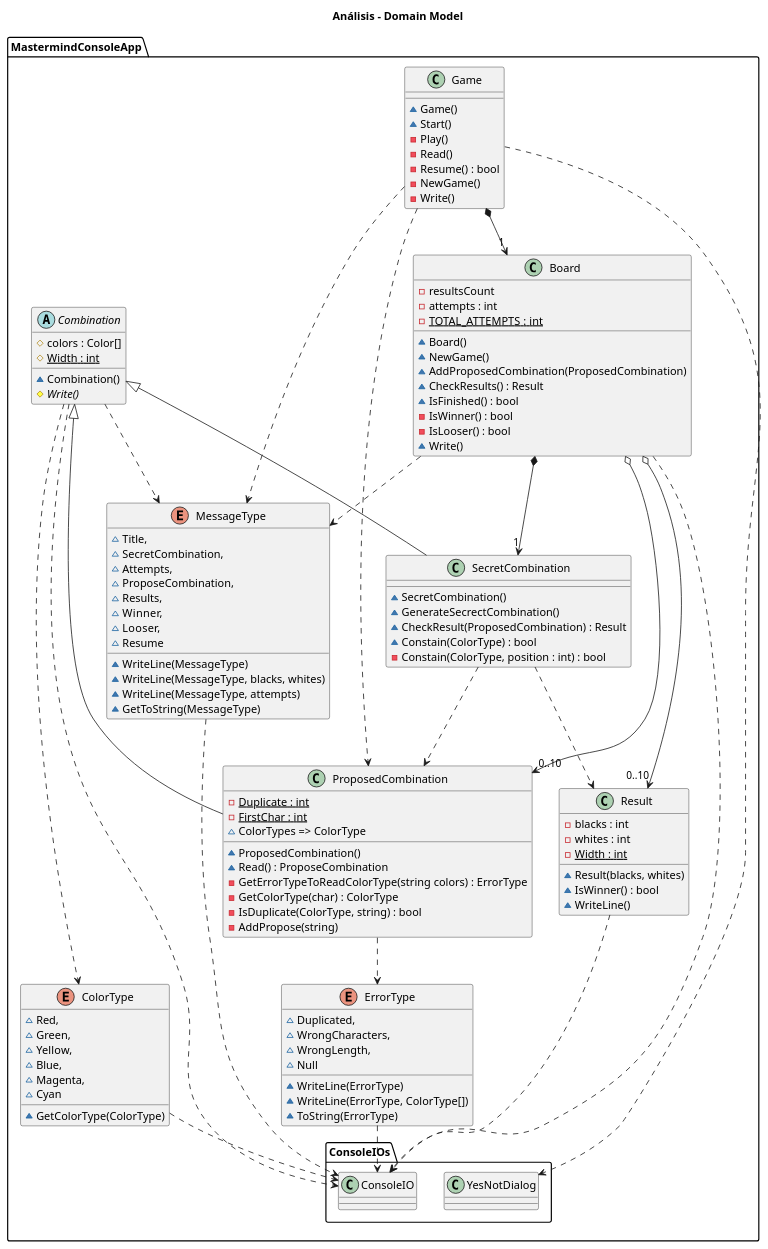
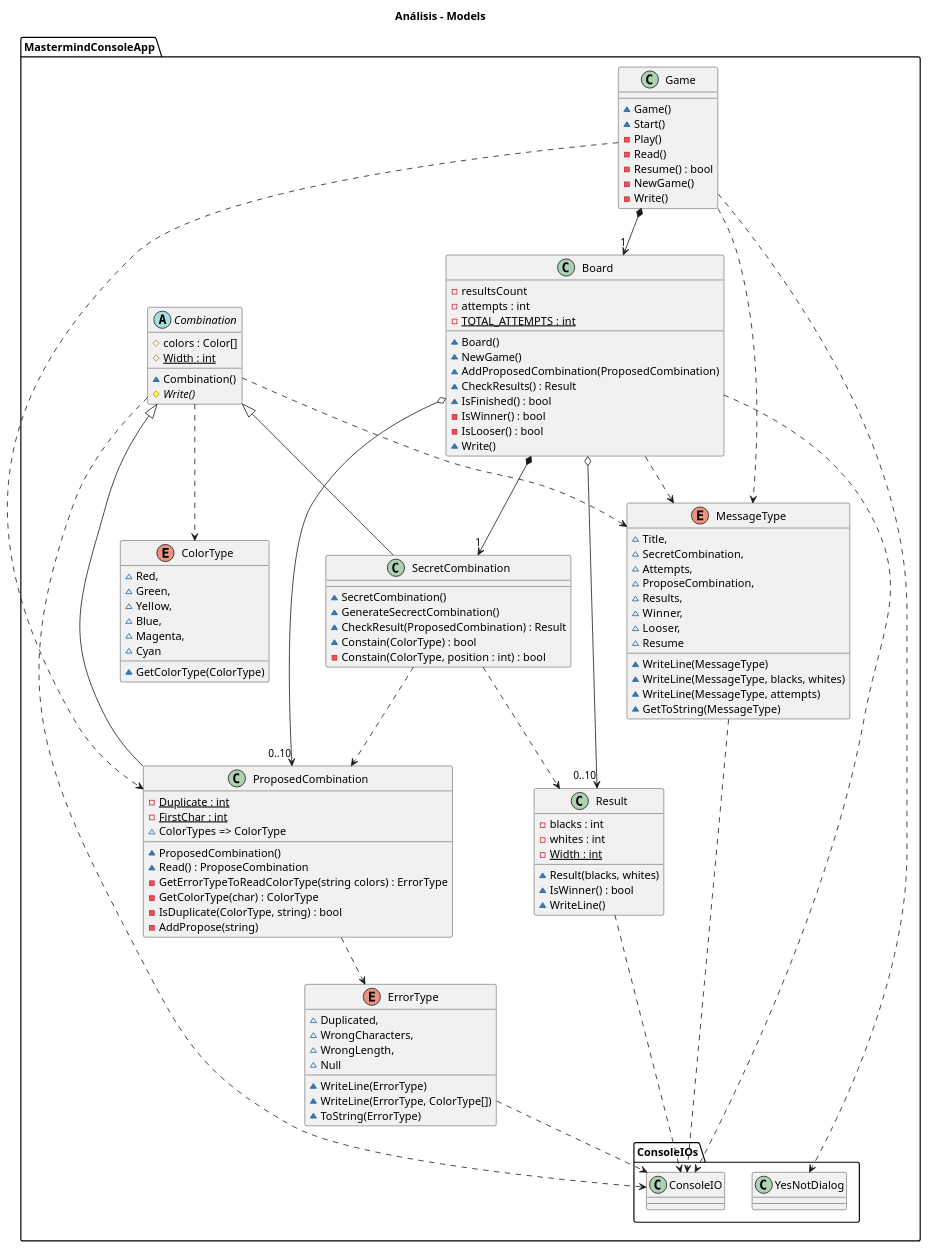
The first of 2 diagrams in src/Mastermind/DomainModel/Docs/DomainModelArchitecture.plantuml (franpaulinoinfante/MasterSoftwareDevelopment), drawn with PlantUML before and after one commit. The commit also changed other lines of this file and 2 other files, not shown here.

```diff
--- a/src/Mastermind/DomainModel/Docs/DomainModelArchitecture.plantuml
+++ b/src/Mastermind/DomainModel/Docs/DomainModelArchitecture.plantuml
@@ -1,127 +1,126 @@
 @startuml DomainModelArchitecture
-title Análisis - Domain Model
+title Análisis - Models
 namespace MastermindConsoleApp{
     class Game{
         ~Game()
         ~Start()
         -Play()
         -Read()
         -Resume() : bool
         -NewGame()
         -Write()
     }
     Game *--> "1" Board
     Game ..> ProposedCombination
     Game ..> MessageType
     Game ..> ConsoleIOs.YesNotDialog
 
     class Board{
         -resultsCount
         -attempts : int
         -{static} TOTAL_ATTEMPTS : int
         ~Board()
         ~NewGame()
         ~AddProposedCombination(ProposedCombination)
         ~CheckResults() : Result
         ~IsFinished() : bool
         -IsWinner() : bool
         -IsLooser() : bool
         ~Write()
     }
     Board *--> "1" SecretCombination
     Board o--> "0..10" ProposedCombination
     Board o--> "0..10" Result
     Board ..> MessageType
     Board ..> ConsoleIOs.ConsoleIO
 
     abstract Combination{
         #colors : Color[]
         #{static} Width : int
         ~Combination()
         #{abstract} Write()
     }
     Combination <|-- SecretCombination
     Combination <|-- ProposedCombination 
     Combination ..> ColorType
     Combination ..> MessageType
     Combination ..> ConsoleIOs.ConsoleIO
 
     class SecretCombination{
         ~SecretCombination()
         ~GenerateSecrectCombination()
         ~CheckResult(ProposedCombination) : Result
         ~Constain(ColorType) : bool
         -Constain(ColorType, position : int) : bool
     }
     SecretCombination ..> Result
     SecretCombination ..> ProposedCombination
 
     class ProposedCombination{
         -{static} Duplicate : int
         -{static} FirstChar : int
         ~ProposedCombination()
         ~ColorTypes => ColorType
         ~Read() : ProposeCombination
         -GetErrorTypeToReadColorType(string colors) : ErrorType
         -GetColorType(char) : ColorType
         -IsDuplicate(ColorType, string) : bool
         -AddPropose(string)
     }
     ProposedCombination ..> ErrorType
 
     class Result{
         -blacks : int
         -whites : int
         -{static} Width : int
         ~Result(blacks, whites)
         ~IsWinner() : bool
         ~WriteLine()
     }
     Result ..> ConsoleIOs.ConsoleIO
 
     enum MessageType{
         ~Title,
         ~SecretCombination,
         ~Attempts,
         ~ProposeCombination,
         ~Results,
         ~Winner,
         ~Looser,
         ~Resume
         ~WriteLine(MessageType)
         ~WriteLine(MessageType, blacks, whites)
         ~WriteLine(MessageType, attempts)
         ~GetToString(MessageType)
     }
     MessageType ..> ConsoleIOs.ConsoleIO
 
     enum ErrorType{
         ~Duplicated,
         ~WrongCharacters,
         ~WrongLength,
         ~Null
         ~WriteLine(ErrorType)
         ~WriteLine(ErrorType, ColorType[])
         ~ToString(ErrorType)
     }
     ErrorType ..> ConsoleIOs.ConsoleIO
 
     enum ColorType{
         ~Red,
         ~Green,
         ~Yellow,
         ~Blue,
         ~Magenta,
         ~Cyan
         ~GetColorType(ColorType)
     }
-    ColorType ..> ConsoleIOs.ConsoleIO
 
 
     class ConsoleIOs.ConsoleIO{
     }
 
     class ConsoleIOs.YesNotDialog{
     }
 }
 @enduml
```
